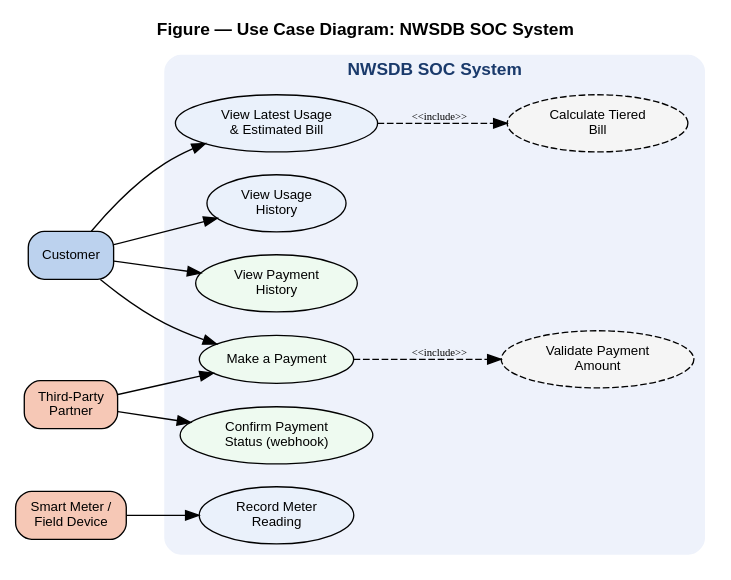
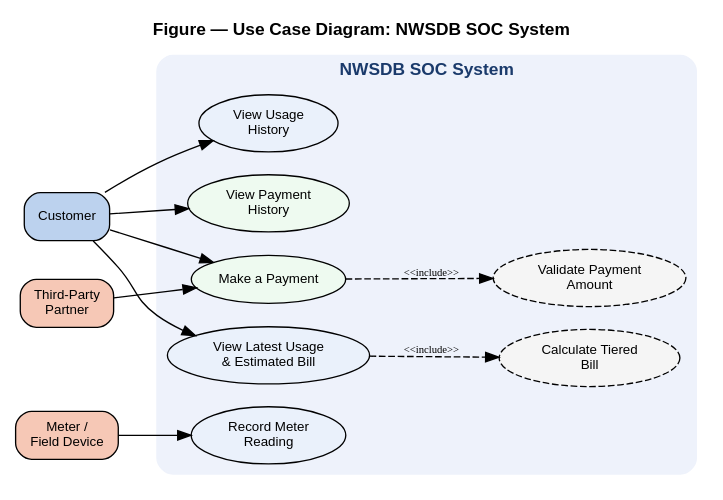
One commit to LinukaBandara/nwsdb-soc changed the diagram in docs/diagrams/usecase.dot. Above: the diagram before and after it, drawn with Graphviz.

Commit message:
Align use case diagram with implemented functionality

```diff
--- a/docs/diagrams/usecase.dot
+++ b/docs/diagrams/usecase.dot
@@ -1,36 +1,34 @@
 digraph UseCase {
     rankdir=LR;
     bgcolor="white";
     fontname="Helvetica";
     node [fontname="Helvetica" fontsize=10];
 
     subgraph cluster_system {
         label="NWSDB SOC System";
         fontname="Helvetica-Bold"; fontsize=13; fontcolor="#1A3A6B";
-        style=filled; color="#eef2fb";
-        style="rounded,filled";
+        style="rounded,filled"; color="#eef2fb";
 
         UC1 [label="Make a Payment" shape=ellipse style=filled fillcolor="#eefaf0"];
         UC2 [label="View Payment\nHistory" shape=ellipse style=filled fillcolor="#eefaf0"];
-        UC3 [label="Confirm Payment\nStatus (webhook)" shape=ellipse style=filled fillcolor="#eefaf0"];
-        UC4 [label="Record Meter\nReading" shape=ellipse style=filled fillcolor="#eaf1fb"];
-        UC5 [label="View Latest Usage\n& Estimated Bill" shape=ellipse style=filled fillcolor="#eaf1fb"];
-        UC6 [label="View Usage\nHistory" shape=ellipse style=filled fillcolor="#eaf1fb"];
-        UC7 [label="Validate Payment\nAmount" shape=ellipse style="filled,dashed" fillcolor="#f5f5f5"];
-        UC8 [label="Calculate Tiered\nBill" shape=ellipse style="filled,dashed" fillcolor="#f5f5f5"];
+        UC3 [label="Record Meter\nReading" shape=ellipse style=filled fillcolor="#eaf1fb"];
+        UC4 [label="View Latest Usage\n& Estimated Bill" shape=ellipse style=filled fillcolor="#eaf1fb"];
+        UC5 [label="View Usage\nHistory" shape=ellipse style=filled fillcolor="#eaf1fb"];
+        UC6 [label="Validate Payment\nAmount" shape=ellipse style="filled,dashed" fillcolor="#f5f5f5"];
+        UC7 [label="Calculate Tiered\nBill" shape=ellipse style="filled,dashed" fillcolor="#f5f5f5"];
     }
 
     Customer [label="Customer" shape=box style="rounded,filled" fillcolor="#bcd2ee"];
     Partner [label="Third-Party\nPartner" shape=box style="rounded,filled" fillcolor="#f6c8b6"];
-    Meter [label="Smart Meter /\nField Device" shape=box style="rounded,filled" fillcolor="#f6c8b6"];
+    Meter [label="Meter /\nField Device" shape=box style="rounded,filled" fillcolor="#f6c8b6"];
 
-    Customer -> UC1; Customer -> UC2; Customer -> UC5; Customer -> UC6;
-    Partner -> UC1; Partner -> UC3;
-    Meter -> UC4;
+    Customer -> UC1; Customer -> UC2; Customer -> UC4; Customer -> UC5;
+    Partner -> UC1;
+    Meter -> UC3;
 
-    UC1 -> UC7 [style=dashed label="<<include>>" fontsize=8];
-    UC5 -> UC8 [style=dashed label="<<include>>" fontsize=8];
+    UC1 -> UC6 [style=dashed label="<<include>>" fontsize=8];
+    UC4 -> UC7 [style=dashed label="<<include>>" fontsize=8];
 
     label="Figure — Use Case Diagram: NWSDB SOC System";
     fontsize=13; fontname="Helvetica-Bold"; labelloc=t;
 }
```
